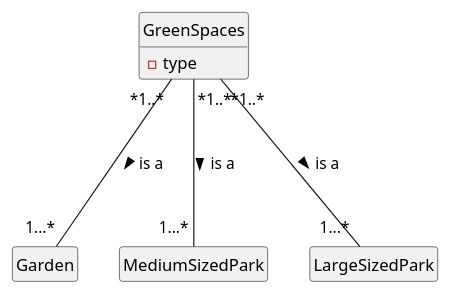
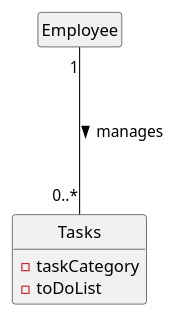
One commit to Mendoncaa/LAPR2 changed the diagram in docs/sprintC/US28/02.analysis/puml/us028-domain-model.puml. Above: the diagram before and after it, drawn with PlantUML. The commit also changed 2 other files, not shown here.

Commit message:
Update US28 (domain model); Update US29 (domain model and system sequence diagram)

```diff
--- a/docs/sprintC/US28/02.analysis/puml/us028-domain-model.puml
+++ b/docs/sprintC/US28/02.analysis/puml/us028-domain-model.puml
@@ -1,17 +1,19 @@
 @startuml
 
 hide methods
 hide circle
 hide empty attributes
 skinparam linetype polyline
 
 
-class GreenSpaces {
-  -type
+class Employee {
 }
 
-GreenSpaces "*1..*"---"1...*" Garden : is a >
-GreenSpaces "*1..*"---"1...*" MediumSizedPark : is a >
-GreenSpaces "*1..*"---"1...*" LargeSizedPark : is a >
+class Tasks {
+  - taskCategory
+  - toDoList
+}
+
+Employee "1"---"0..*" Tasks: manages >
 
 @enduml
```
